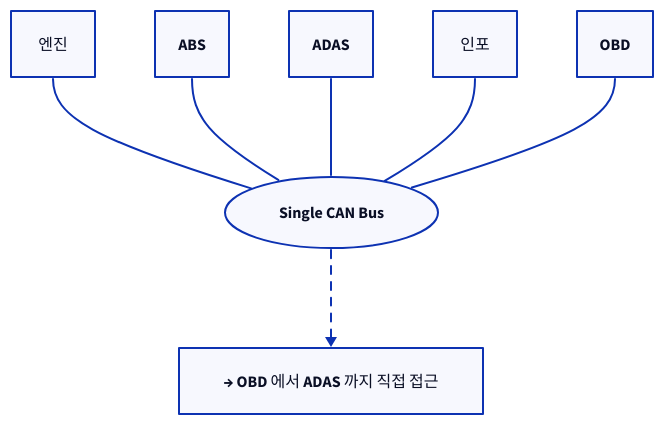
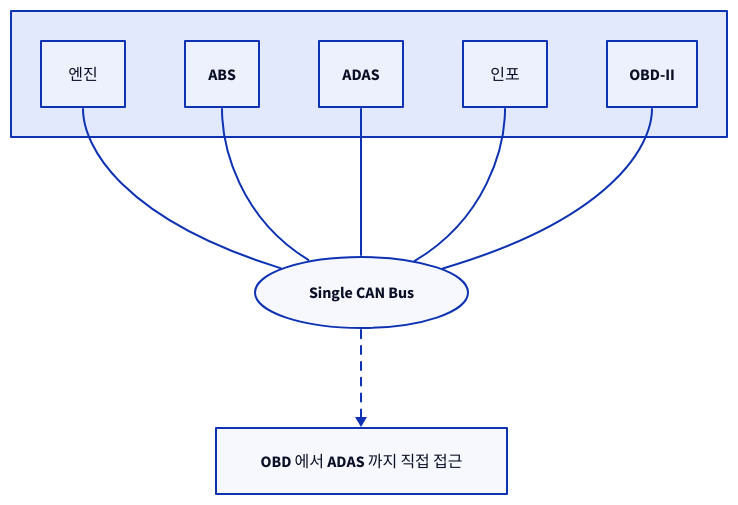
One commit to humbleowl39/DV_SKOOL changed diagram 11 of 14 in topics/automotive_cybersecurity/docs/02_automotive_soc_security.md. Above: the diagram before and after it, drawn with D2. The commit also changed other lines of this file and 90 other files, not shown here.

First line of the commit message:
docs: 전 토픽 다이어그램 정비 — ASCII→D2, mermaid→D2, 과대 D2 가시성 수정

````diff
--- a/topics/automotive_cybersecurity/docs/02_automotive_soc_security.md
+++ b/topics/automotive_cybersecurity/docs/02_automotive_soc_security.md
@@ -468,17 +465,20 @@
 ```d2
 direction: down
 
 BUS: "Single CAN Bus" { shape: oval }
-E: "엔진"
-A: "ABS"
-AD: "ADAS"
-I: "인포"
-O: "OBD"
-E -- BUS
-A -- BUS
-AD -- BUS
-I -- BUS
-O -- BUS
-NOTE: "→ OBD 에서 ADAS 까지 직접 접근"
+NODES: "" {
+  direction: right
+  E: "엔진"
+  A: "ABS"
+  AD: "ADAS"
+  I: "인포"
+  O: "OBD-II"
+}
+NODES.E -- BUS
+NODES.A -- BUS
+NODES.AD -- BUS
+NODES.I -- BUS
+NODES.O -- BUS
+NOTE: "OBD 에서 ADAS 까지 직접 접근"
 BUS -> NOTE { style.stroke-dash: 4 }
 ```
````
